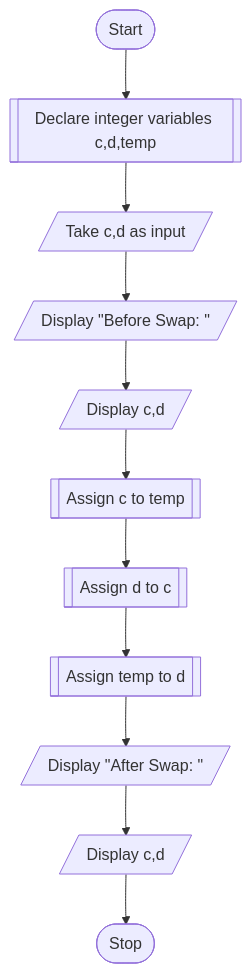
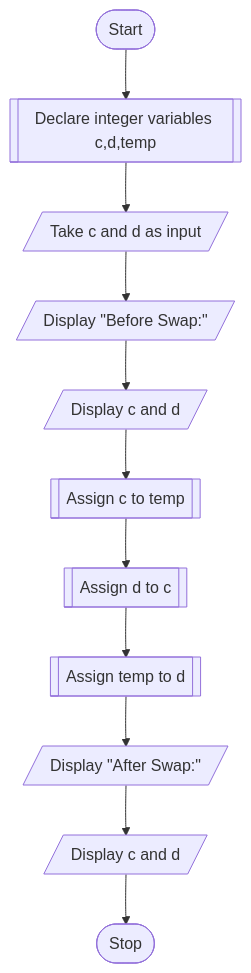
The diagram in Pseudocodes/Chapter-2/Problem6.md (Sree2011/Exercises-c-java-python), drawn with Mermaid before and after one commit. The commit also changed other lines of this file, not shown here.

````diff
--- a/Pseudocodes/Chapter-2/Problem6.md
+++ b/Pseudocodes/Chapter-2/Problem6.md
@@ -35,13 +35,13 @@
 ```mermaid
 flowchart TD
 A([Start]) --> B[[Declare integer variables c,d,temp]]
-B --> C[/Take c,d as input/]
-C --> D[/Display "Before Swap: "/]
-D --> E[/"Display c,d"/]
+B --> C[/Take c and d as input/]
+C --> D[/Display "Before Swap:"/]
+D --> E[/Display c and d/]
 E --> F[[Assign c to temp]]
 F -->G[[Assign d to c]]
 G -->H[[Assign temp to d]]
-H --> I[/Display "After Swap: "/]
-I --> J[/"Display c,d"/]
+H --> I[/Display "After Swap:"/]
+I --> J[/Display c and d/]
 J --> K([Stop])
 ```
````
